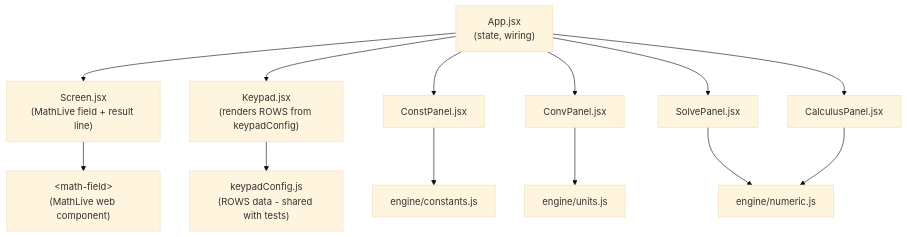
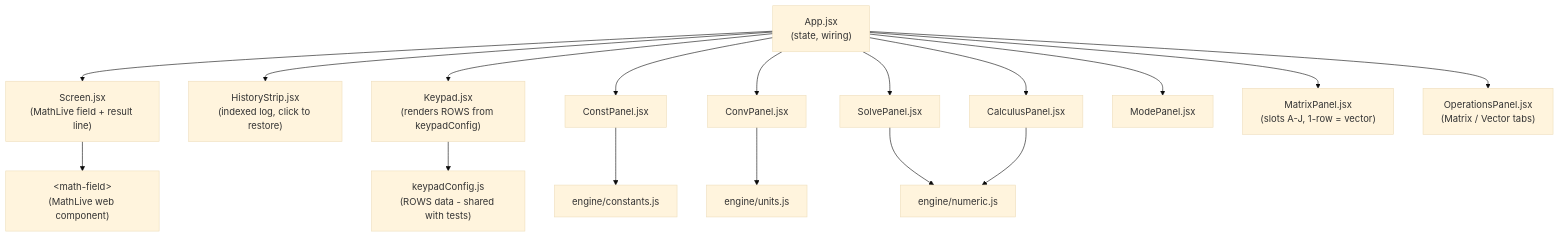
One commit to sreenikh/scientific-calculator changed the first of 3 diagrams in docs/architecture.md. Above: the diagram before and after it, drawn with Mermaid (base theme). The commit also changed other lines of this file and 3 other files, not shown here.

````diff
--- a/docs/architecture.md
+++ b/docs/architecture.md
@@ -16,20 +16,24 @@
 ```mermaid
 graph TD
     App["App.jsx\n(state, wiring)"]
 
     App --> Screen["Screen.jsx\n(MathLive field + result line)"]
+    App --> HS["HistoryStrip.jsx\n(indexed log, click to restore)"]
     App --> Keypad["Keypad.jsx\n(renders ROWS from keypadConfig)"]
     App --> CP["ConstPanel.jsx"]
     App --> CV["ConvPanel.jsx"]
     App --> SP["SolvePanel.jsx"]
     App --> CA["CalculusPanel.jsx"]
+    App --> MP["ModePanel.jsx"]
+    App --> MAT["MatrixPanel.jsx\n(slots A-J, 1-row = vector)"]
+    App --> OP["OperationsPanel.jsx\n(Matrix / Vector tabs)"]
 
     Screen --> MF["&lt;math-field&gt;\n(MathLive web component)"]
 
     Keypad --> KC["keypadConfig.js\n(ROWS data - shared with tests)"]
 
     CP --> C["engine/constants.js"]
     CV --> U["engine/units.js"]
     SP --> N["engine/numeric.js"]
     CA --> N
 ```
````
